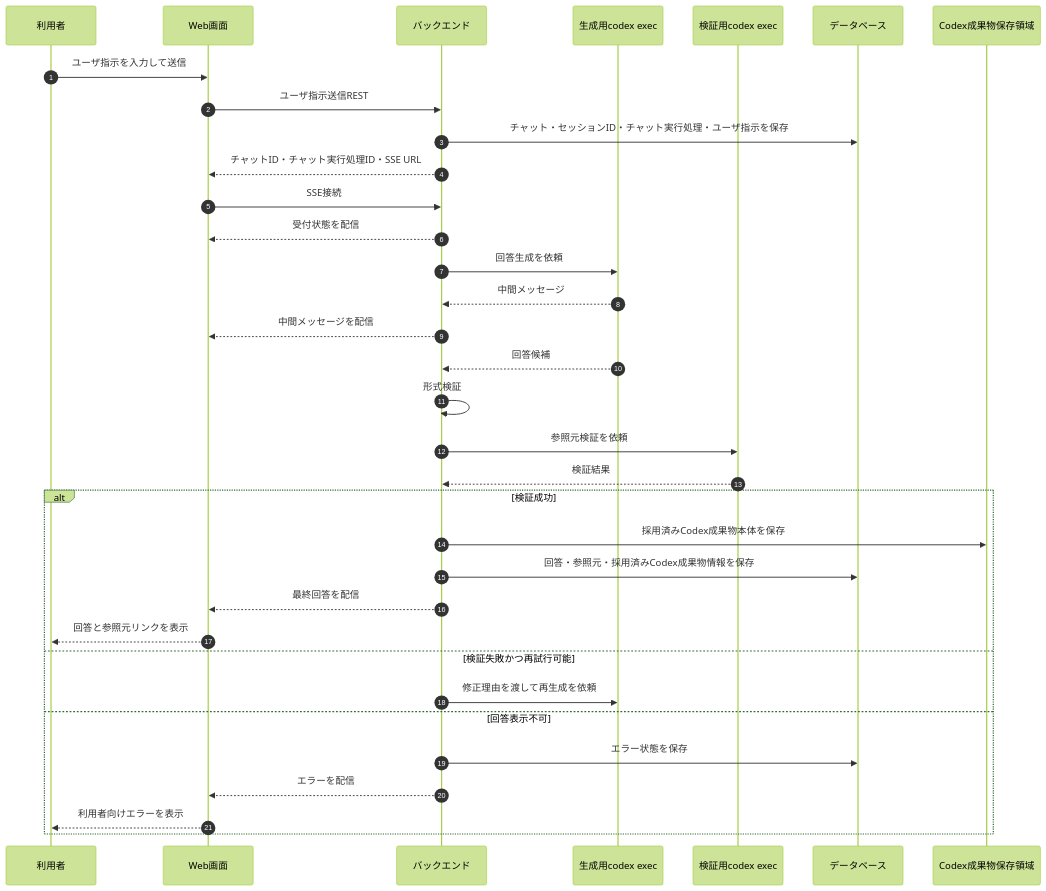
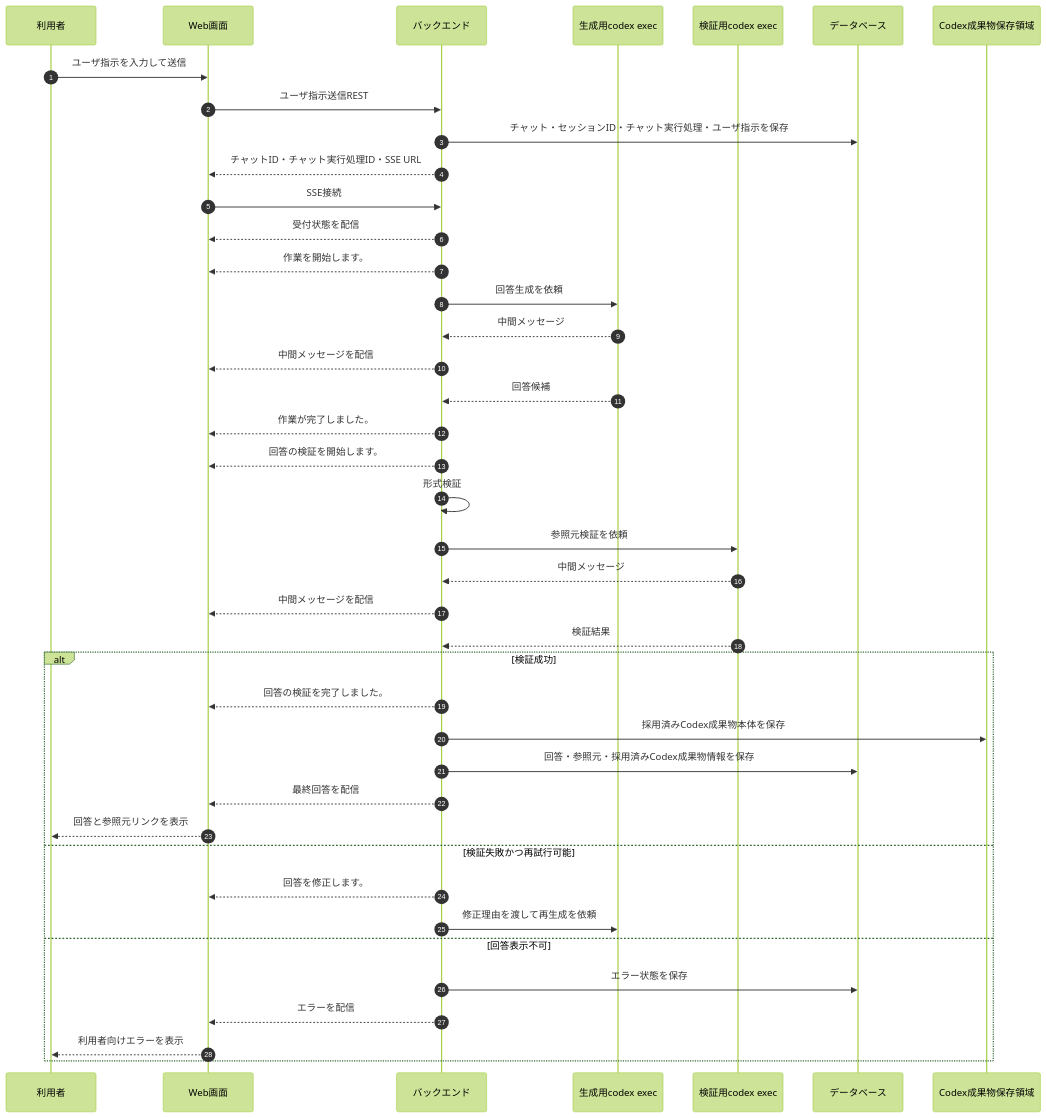
One commit to mincsys/D-Concierge changed the diagram in docs/02_外部設計/02_業務設計/チャット実行処理フロー.md. Above: the diagram before and after it, drawn with Mermaid (forest theme). The commit also changed other lines of this file and 216 other files, not shown here.

````diff
--- a/docs/02_外部設計/02_業務設計/チャット実行処理フロー.md
+++ b/docs/02_外部設計/02_業務設計/チャット実行処理フロー.md
@@ -25,37 +25,44 @@
 ```mermaid
 sequenceDiagram
     autonumber
     participant U as 利用者
     participant F as Web画面
     participant B as バックエンド
     participant G as 生成用codex exec
     participant V as 検証用codex exec
     participant D as データベース
     participant A as Codex成果物保存領域
 
     U->>F: ユーザ指示を入力して送信
     F->>B: ユーザ指示送信REST
     B->>D: チャット・セッションID・チャット実行処理・ユーザ指示を保存
     B-->>F: チャットID・チャット実行処理ID・SSE URL
     F->>B: SSE接続
     B-->>F: 受付状態を配信
+    B-->>F: 作業を開始します。
     B->>G: 回答生成を依頼
     G-->>B: 中間メッセージ
     B-->>F: 中間メッセージを配信
     G-->>B: 回答候補
+    B-->>F: 作業が完了しました。
+    B-->>F: 回答の検証を開始します。
     B->>B: 形式検証
     B->>V: 参照元検証を依頼
+    V-->>B: 中間メッセージ
+    B-->>F: 中間メッセージを配信
     V-->>B: 検証結果
     alt 検証成功
+        B-->>F: 回答の検証を完了しました。
         B->>A: 採用済みCodex成果物本体を保存
         B->>D: 回答・参照元・採用済みCodex成果物情報を保存
         B-->>F: 最終回答を配信
         F-->>U: 回答と参照元リンクを表示
     else 検証失敗かつ再試行可能
+        B-->>F: 回答を修正します。
         B->>G: 修正理由を渡して再生成を依頼
     else 回答表示不可
         B->>D: エラー状態を保存
         B-->>F: エラーを配信
         F-->>U: 利用者向けエラーを表示
     end
 ```
````
